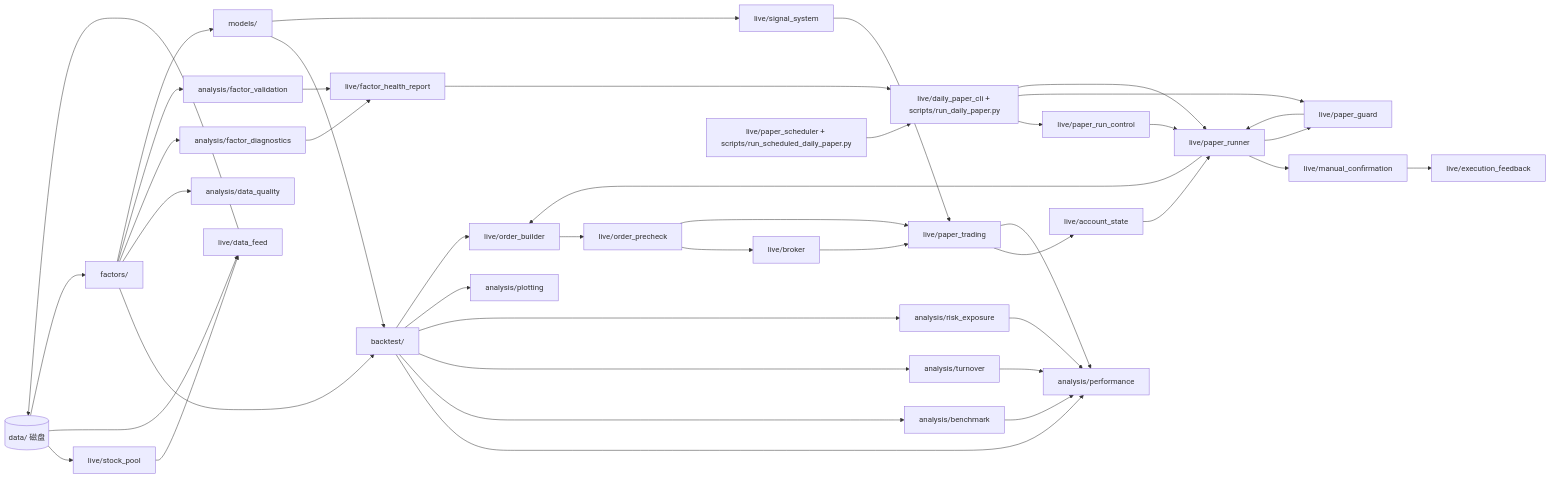
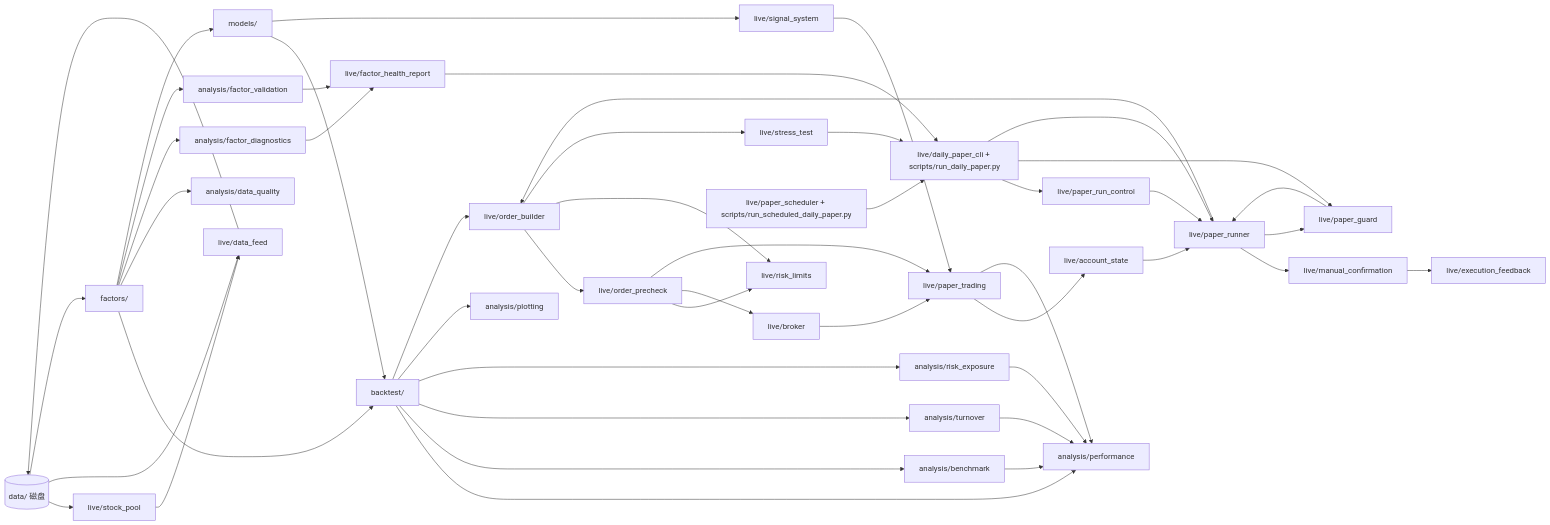
Before and after one commit to Mikowong0821/quant_strategy: the diagram in docs/CODE_STRUCTURE.md, drawn with Mermaid. The commit also changed other lines of this file and 12 other files, not shown here.

Commit message:
Add portfolio risk limits and stress tests

````diff
--- a/docs/CODE_STRUCTURE.md
+++ b/docs/CODE_STRUCTURE.md
@@ -18,74 +18,80 @@
 ```mermaid
 flowchart LR
   data[(data/ 磁盘)]
   pool[live/stock_pool]
   feed[live/data_feed]
   fac[factors/]
   bt[backtest/]
   opt[models/]
   sig[live/signal_system]
   order[live/order_builder]
   precheck[live/order_precheck]
+  limits[live/risk_limits]
+  stress[live/stress_test]
   broker[live/broker]
   paper[live/paper_trading]
   state[live/account_state]
   runner[live/paper_runner]
   health[live/factor_health_report]
   confirm[live/manual_confirmation]
   feedback[live/execution_feedback]
   guard[live/paper_guard]
   control[live/paper_run_control]
   scheduler[live/paper_scheduler + scripts/run_scheduled_daily_paper.py]
   cli[live/daily_paper_cli + scripts/run_daily_paper.py]
   perf[analysis/performance]
   dq[analysis/data_quality]
   diag[analysis/factor_diagnostics]
   bench[analysis/benchmark]
   turn[analysis/turnover]
   risk[analysis/risk_exposure]
   val[analysis/factor_validation]
   plot[analysis/plotting]
 
   data --> pool
   pool --> feed
   data --> feed
   data --> fac
   feed --> data
   fac --> bt
   fac --> dq
   fac --> diag
   fac --> val
   diag --> health
   val --> health
   opt --> bt
   bt --> perf
   bt --> bench
   bt --> turn
   bt --> risk
   bench --> perf
   turn --> perf
   risk --> perf
   bt --> plot
   bt --> order
   order --> precheck
+  order --> limits
+  precheck --> limits
+  order --> stress
   precheck --> broker
   fac --> opt
   opt --> sig
   precheck --> paper
   broker --> paper
   paper --> state
   state --> runner
   runner --> confirm
   confirm --> feedback
   cli --> control
   cli --> guard
   control --> runner
   guard --> runner
   scheduler --> cli
   health --> cli
+  stress --> cli
   runner --> guard
   runner --> order
   cli --> runner
   sig --> paper
   paper --> perf
 ```
````
